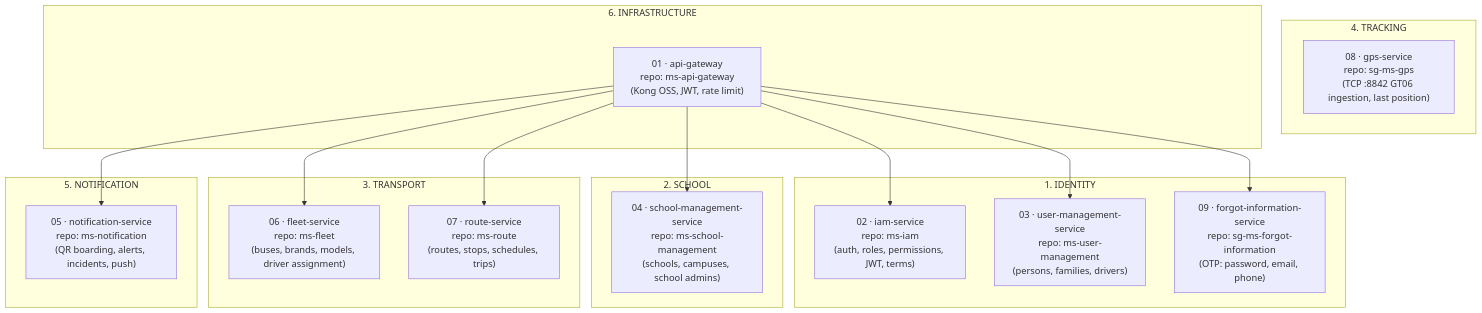
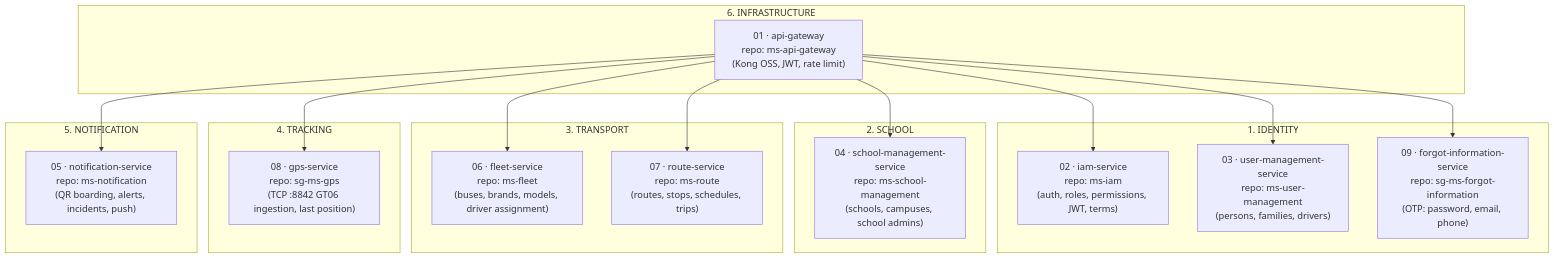
The diagram in 09-microservices/service-catalog.md (code-sena/sg-docs), drawn with Mermaid before and after one commit. The commit also changed other lines of this file and 19 other files, not shown here.

First line of the commit message:
docs: correct API contracts and system architecture evidence

````diff
--- a/09-microservices/service-catalog.md
+++ b/09-microservices/service-catalog.md
@@ -16,31 +22,31 @@
 ```mermaid
 flowchart TB
   subgraph identity["1. IDENTITY"]
     iam["02 · iam-service<br/>repo: ms-iam<br/>(auth, roles, permissions, JWT, terms)"]
     um["03 · user-management-service<br/>repo: ms-user-management<br/>(persons, families, drivers)"]
     forgot["09 · forgot-information-service<br/>repo: sg-ms-forgot-information<br/>(OTP: password, email, phone)"]
   end
 
   subgraph school["2. SCHOOL"]
     sch["04 · school-management-service<br/>repo: ms-school-management<br/>(schools, campuses, school admins)"]
   end
 
   subgraph transport["3. TRANSPORT"]
     fleet["06 · fleet-service<br/>repo: ms-fleet<br/>(buses, brands, models, driver assignment)"]
     rt["07 · route-service<br/>repo: ms-route<br/>(routes, stops, schedules, trips)"]
   end
 
   subgraph tracking["4. TRACKING"]
     gps["08 · gps-service<br/>repo: sg-ms-gps<br/>(TCP :8842 GT06 ingestion, last position)"]
   end
 
   subgraph notifications["5. NOTIFICATION"]
     notif["05 · notification-service<br/>repo: ms-notification<br/>(QR boarding, alerts, incidents, push)"]
   end
 
   subgraph infra["6. INFRASTRUCTURE"]
     gw["01 · api-gateway<br/>repo: ms-api-gateway<br/>(Kong OSS, JWT, rate limit)"]
   end
 
-  gw --> iam & um & sch & fleet & rt & notif & forgot
+  gw --> iam & um & sch & fleet & rt & notif & forgot & gps
 ```
````
